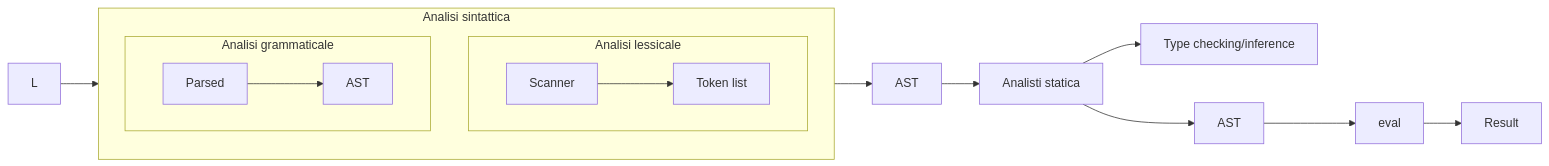
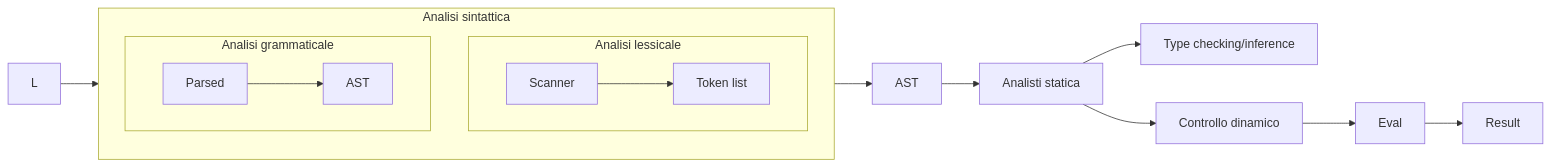
One commit to SuperSamus/appunti-universitari changed the first of 2 diagrams in Paradigmi di programmazione/OCaml.md. Above: the diagram before and after it, drawn with Mermaid. The commit also changed other lines of this file, not shown here.

Commit message:
vault backup: 2022-11-03 17:40:30

````diff
--- a/Paradigmi di programmazione/OCaml.md
+++ b/Paradigmi di programmazione/OCaml.md
@@ -295,13 +295,13 @@
 ```mermaid
 flowchart LR
-L --> ASint --> AST1[AST] --> AStat[Analisti statica] --> TC[Type checking/inference] & AST2[AST]
-AST2 --> eval --> Result
+L --> ASint --> AST1[AST] --> AStat[Analisti statica] --> TC[Type checking/inference] & CD[Controllo dinamico]
+CD --> Eval --> Result
 subgraph ASint[Analisi sintattica]
     subgraph AL[Analisi lessicale]
         Scanner --> TL[Token list]
     end
     subgraph AG[Analisi grammaticale]
-        Parsed --> AST3[AST]
+        Parsed --> AST2[AST]
     end
 end
 ```
````
